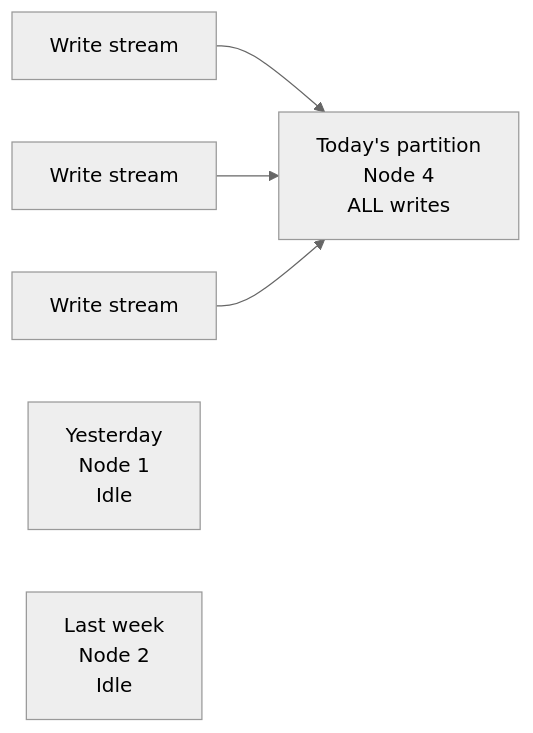
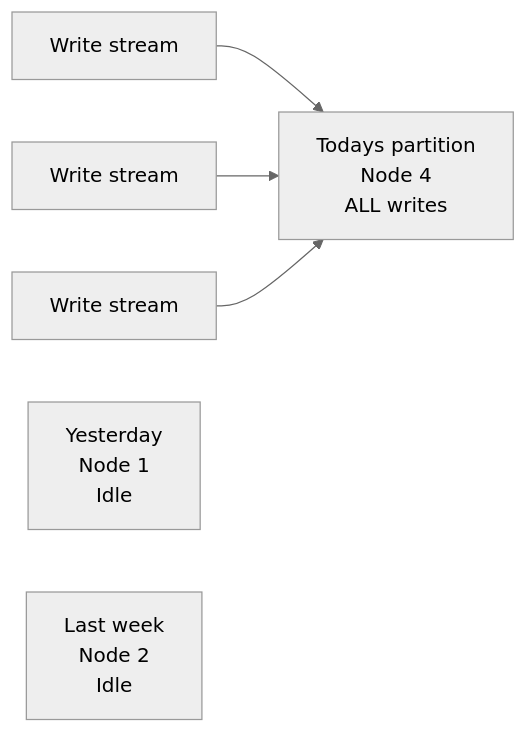
Before and after one commit to hsoni92/ml-workbook: the second of 2 diagrams in bits-pilani/trimester-3/notes/big-data-platforms-and-analytics/week-09/07-handling-dynamic-ranges-and-boundary-issues-transcript.md, drawn with Mermaid (neutral theme). The commit also changed 59 other files, not shown here.

````diff
--- a/bits-pilani/trimester-3/notes/big-data-platforms-and-analytics/week-09/07-handling-dynamic-ranges-and-boundary-issues-transcript.md
+++ b/bits-pilani/trimester-3/notes/big-data-platforms-and-analytics/week-09/07-handling-dynamic-ranges-and-boundary-issues-transcript.md
@@ -65,8 +65,8 @@
 ```mermaid
 flowchart LR
-    W1[Write stream] --> P1[Today's partition<br/>Node 4<br/>ALL writes]
+    W1[Write stream] --> P1["Todays partition<br/>Node 4<br/>ALL writes"]
     W2[Write stream] --> P1
     W3[Write stream] --> P1
-    P2[Yesterday<br/>Node 1<br/>Idle]
-    P3[Last week<br/>Node 2<br/>Idle]
+    P2["Yesterday<br/>Node 1<br/>Idle"]
+    P3["Last week<br/>Node 2<br/>Idle"]
 ```
````
